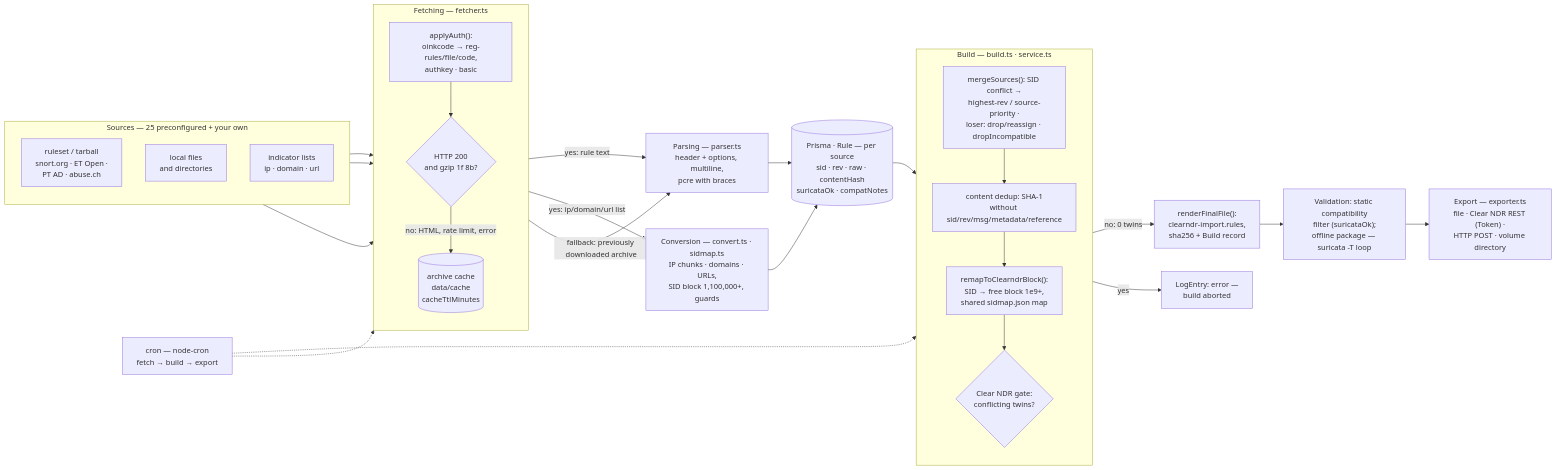
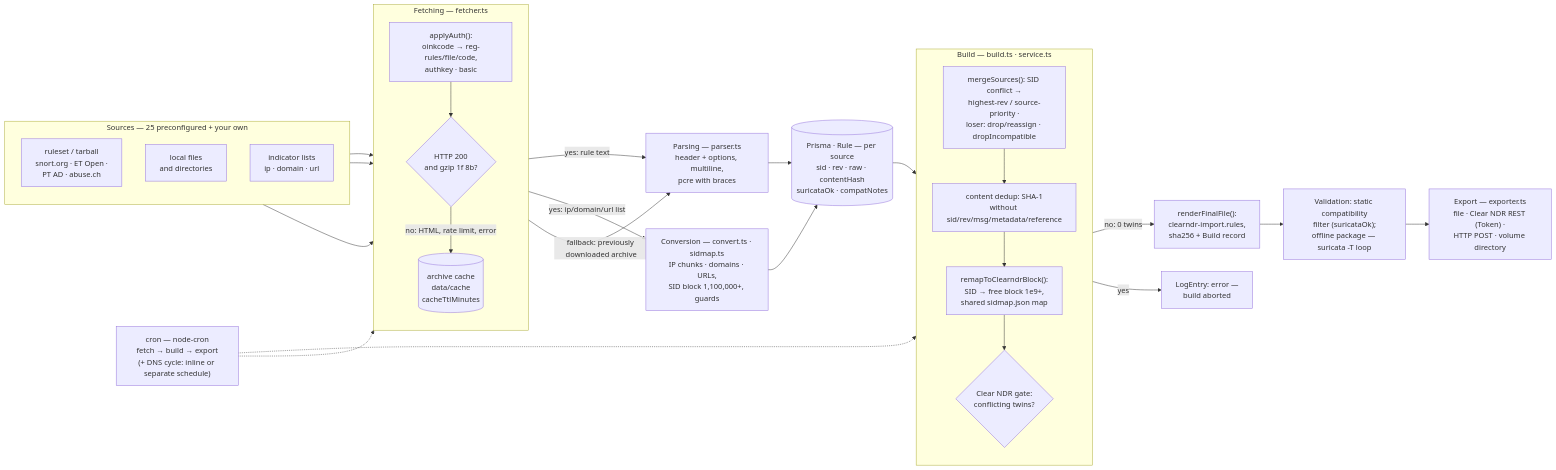
Before and after one commit to NoIDXMV6/ndr-rules-hub: the second of 9 diagrams in architecture.en.md, drawn with Mermaid. The commit also changed other lines of this file and 28 other files, not shown here.

````diff
--- a/architecture.en.md
+++ b/architecture.en.md
@@ -125,56 +125,56 @@
 ```mermaid
 flowchart LR
     subgraph SRC["Sources — 25 preconfigured + your own"]
         direction TB
         SRC1["ruleset / tarball<br/>snort.org · ET Open ·<br/>PT AD · abuse.ch"]
         SRC2["local files<br/>and directories"]
         SRC3["indicator lists<br/>ip · domain · url"]
     end
 
     subgraph FETCH["Fetching — fetcher.ts"]
         direction TB
         AUTH["applyAuth():<br/>oinkcode → reg-rules/file/code,<br/>authkey · basic"]
         CHECK{"HTTP 200<br/>and gzip 1f 8b?"}
         CACHE[("archive cache<br/>data/cache<br/>cacheTtlMinutes")]
     end
 
     PARSE["Parsing — parser.ts<br/>header + options, multiline,<br/>pcre with braces"]
     CONV["Conversion — convert.ts · sidmap.ts<br/>IP chunks · domains · URLs,<br/>SID block 1,100,000+, guards"]
 
     RULES[("Prisma · Rule — per source<br/>sid · rev · raw · contentHash<br/>suricataOk · compatNotes")]
 
     subgraph BUILD["Build — build.ts · service.ts"]
         direction TB
         MERGE["mergeSources(): SID conflict →<br/>highest-rev / source-priority ·<br/>loser: drop/reassign · dropIncompatible"]
         CONTENT["content dedup: SHA-1<br/>without sid/rev/msg/metadata/reference"]
         REMAP["remapToClearndrBlock():<br/>SID → free block 1e9+,<br/>shared sidmap.json map"]
         GATE{"Clear NDR gate:<br/>conflicting twins?"}
     end
 
     FINAL["renderFinalFile():<br/>clearndr-import.rules,<br/>sha256 + Build record"]
     VALID["Validation: static compatibility<br/>filter (suricataOk);<br/>offline package — suricata -T loop"]
     EXPORT["Export — exporter.ts<br/>file · Clear NDR REST (Token) ·<br/>HTTP POST · volume directory"]
-    CRON["cron — node-cron<br/>fetch → build → export"]
+    CRON["cron — node-cron<br/>fetch → build → export<br/>(+ DNS cycle: inline or separate schedule)"]
     LOG["LogEntry: error —<br/>build aborted"]
 
     SRC1 --> AUTH
     SRC2 --> AUTH
     SRC3 --> AUTH
     AUTH --> CHECK
     CHECK -- "yes: rule text" --> PARSE
     CHECK -- "yes: ip/domain/url list" --> CONV
     CHECK -- "no: HTML, rate limit, error" --> CACHE
     CACHE -- "fallback: previously downloaded archive" --> PARSE
     PARSE --> RULES
     CONV --> RULES
     RULES --> MERGE
     MERGE --> CONTENT
     CONTENT --> REMAP
     REMAP --> GATE
     GATE -- "no: 0 twins" --> FINAL
     GATE -- "yes" --> LOG
     FINAL --> VALID
     VALID --> EXPORT
     CRON -.-> FETCH
     CRON -.-> BUILD
 ```
````
